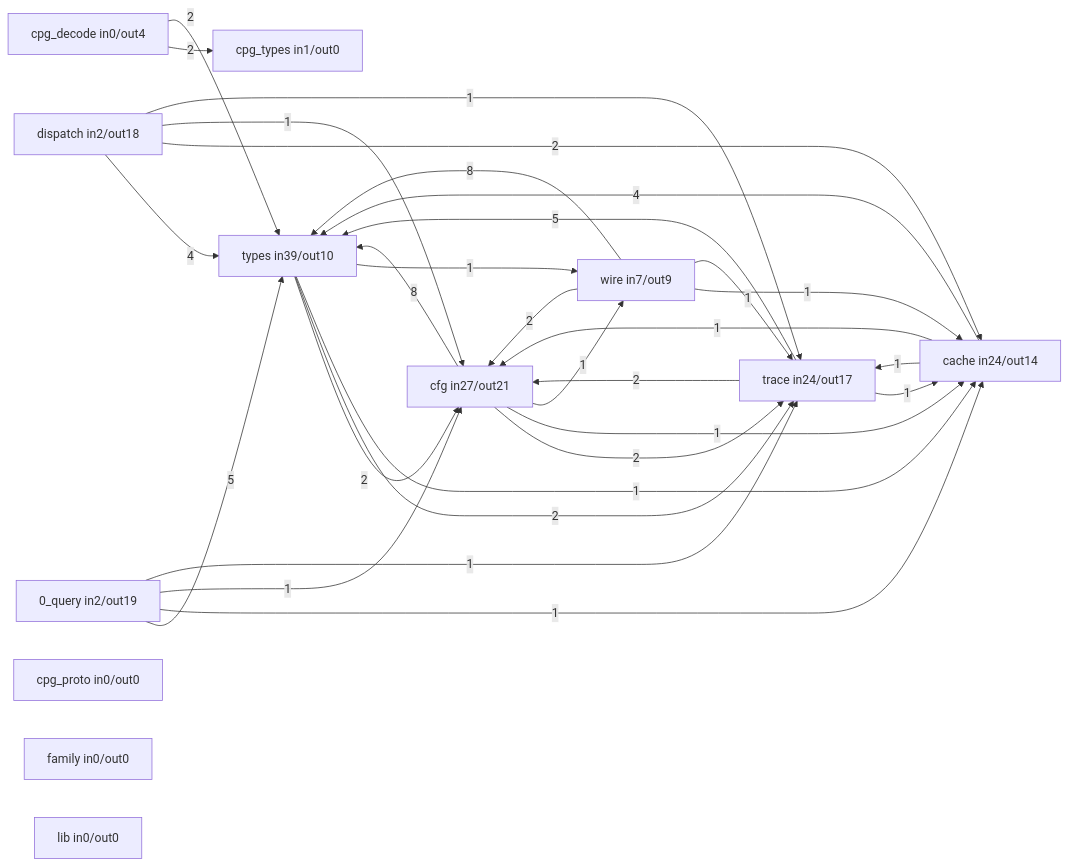
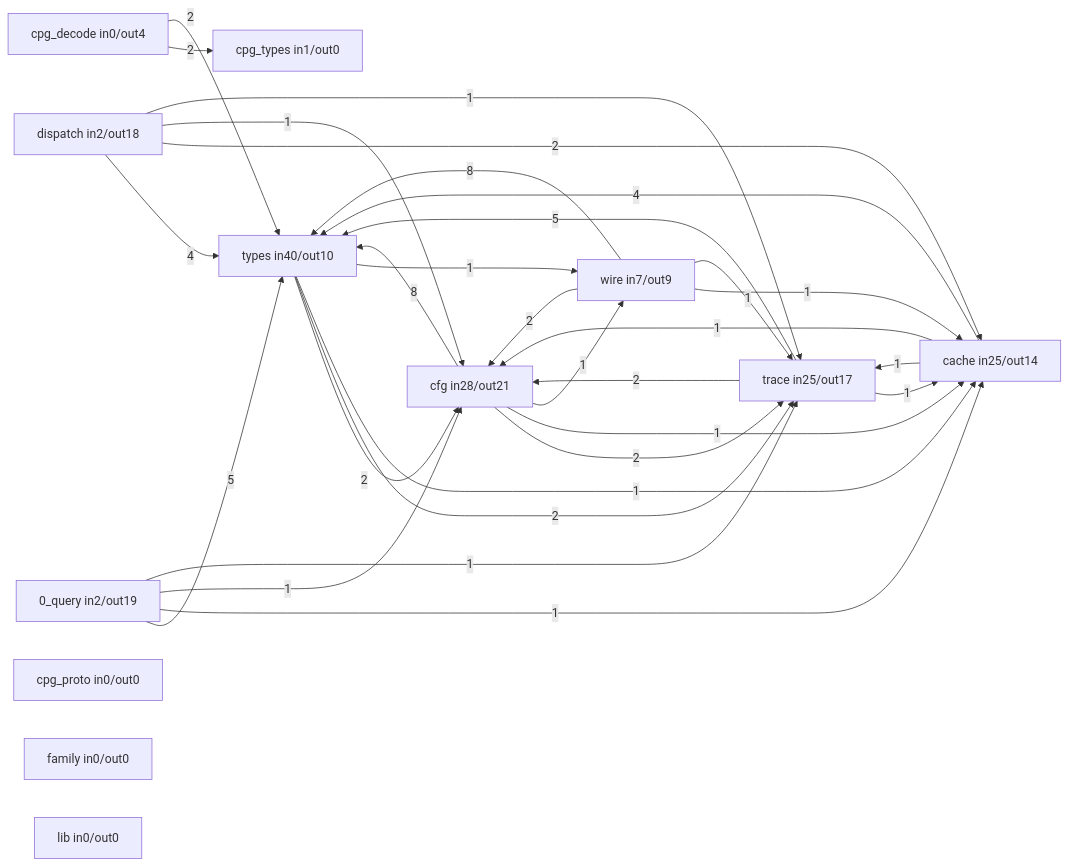
The second of 5 diagrams in docs/selfdoc/extract.md (hafley66/sprefa), drawn with Mermaid before and after one commit. The commit also changed other lines of this file and 10 other files, not shown here.

````diff
--- a/docs/selfdoc/extract.md
+++ b/docs/selfdoc/extract.md
@@ -71,43 +71,43 @@
 ```mermaid
 flowchart LR
-  n1["types  in39/out10"]
-  n2["cfg  in27/out21"]
-  n3["trace  in24/out17"]
-  n4["cache  in24/out14"]
+  n1["types  in40/out10"]
+  n2["cfg  in28/out21"]
+  n3["trace  in25/out17"]
+  n4["cache  in25/out14"]
   n5["wire  in7/out9"]
   n6["0_query  in2/out19"]
   n7["dispatch  in2/out18"]
   n8["cpg_types  in1/out0"]
   n9["cpg_decode  in0/out4"]
   n10["cpg_proto  in0/out0"]
   n11["family  in0/out0"]
   n12["lib  in0/out0"]
   n2 -->|8| n1
   n5 -->|8| n1
   n6 -->|5| n1
   n3 -->|5| n1
   n4 -->|4| n1
   n7 -->|4| n1
   n2 -->|2| n3
   n9 -->|2| n8
   n9 -->|2| n1
   n7 -->|2| n4
   n3 -->|2| n2
   n1 -->|2| n2
   n1 -->|2| n3
   n5 -->|2| n2
   n6 -->|1| n4
   n6 -->|1| n2
   n6 -->|1| n3
   n4 -->|1| n2
   n4 -->|1| n3
   n2 -->|1| n4
   n2 -->|1| n5
   n7 -->|1| n2
   n7 -->|1| n3
   n3 -->|1| n4
   n1 -->|1| n4
   n1 -->|1| n5
   n5 -->|1| n4
   n5 -->|1| n3
 ```
````
